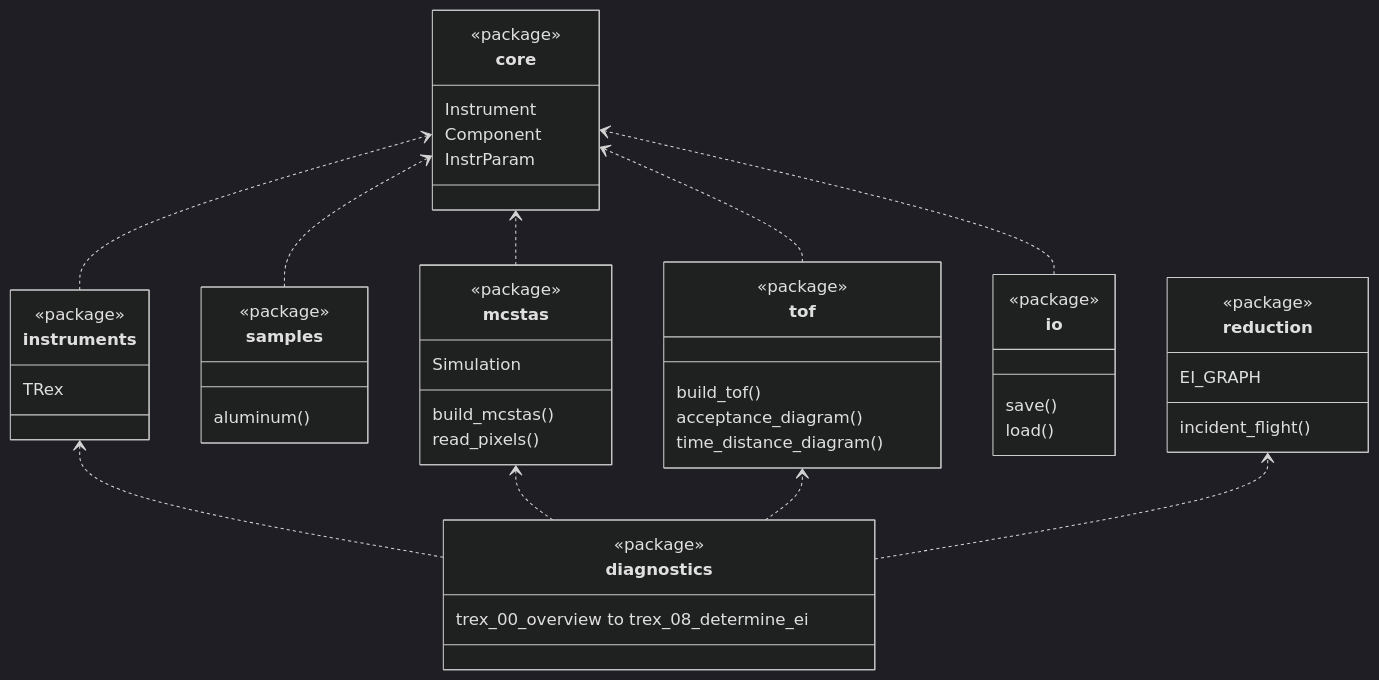
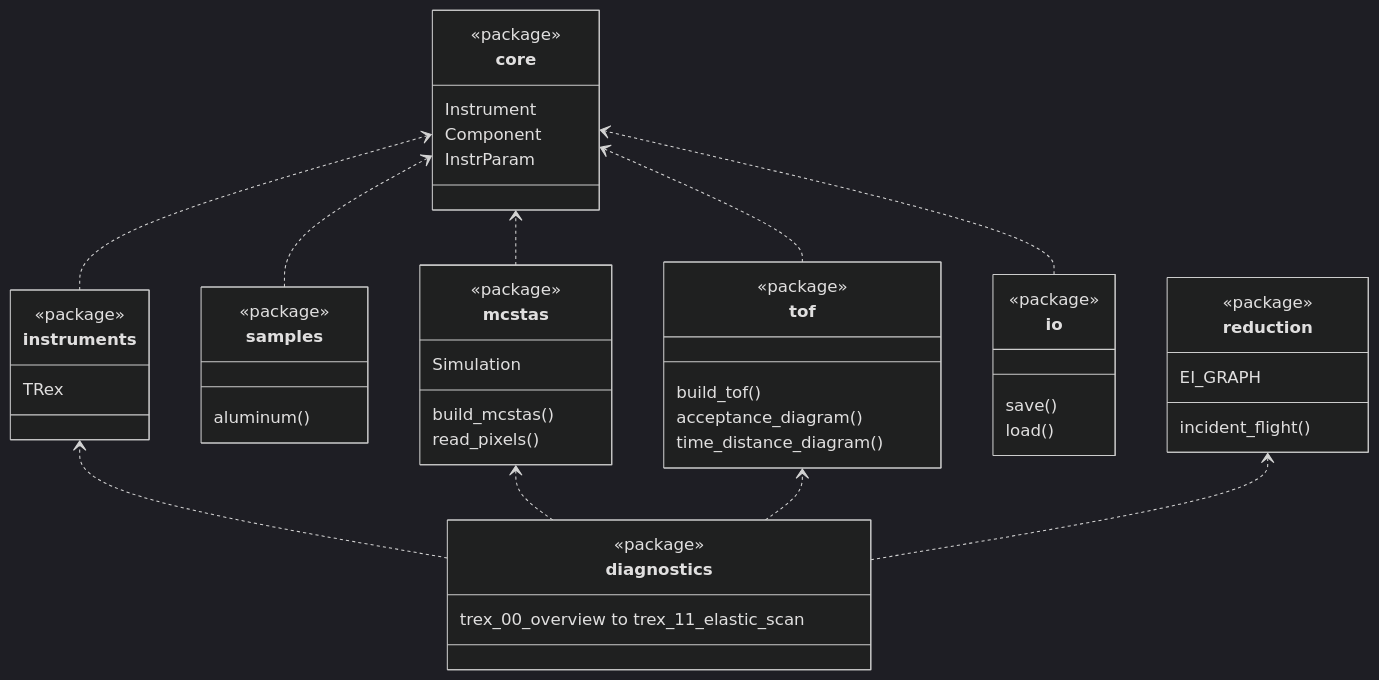
Before and after one commit to bingli621/mcdgs: the diagram in docs/code-layout.md, drawn with Mermaid (dark theme). The commit also changed 11 other files, not shown here.

````diff
--- a/docs/code-layout.md
+++ b/docs/code-layout.md
@@ -23,53 +23,53 @@
 ```mermaid
 classDiagram
     direction BT
     class core {
         <<package>>
         Instrument
         Component
         InstrParam
     }
     class instruments {
         <<package>>
         TRex
     }
     class samples {
         <<package>>
         aluminum()
     }
     class mcstas {
         <<package>>
         build_mcstas()
         Simulation
         read_pixels()
     }
     class tof {
         <<package>>
         build_tof()
         acceptance_diagram()
         time_distance_diagram()
     }
     class io {
         <<package>>
         save()
         load()
     }
     class reduction {
         <<package>>
         EI_GRAPH
         incident_flight()
     }
     class diagnostics {
         <<package>>
-        trex_00_overview to trex_08_determine_ei
+        trex_00_overview to trex_11_elastic_scan
     }
     instruments ..> core
     samples ..> core
     mcstas ..> core
     tof ..> core
     io ..> core
     diagnostics ..> instruments
     diagnostics ..> mcstas
     diagnostics ..> tof
     diagnostics ..> reduction
 ```
````
